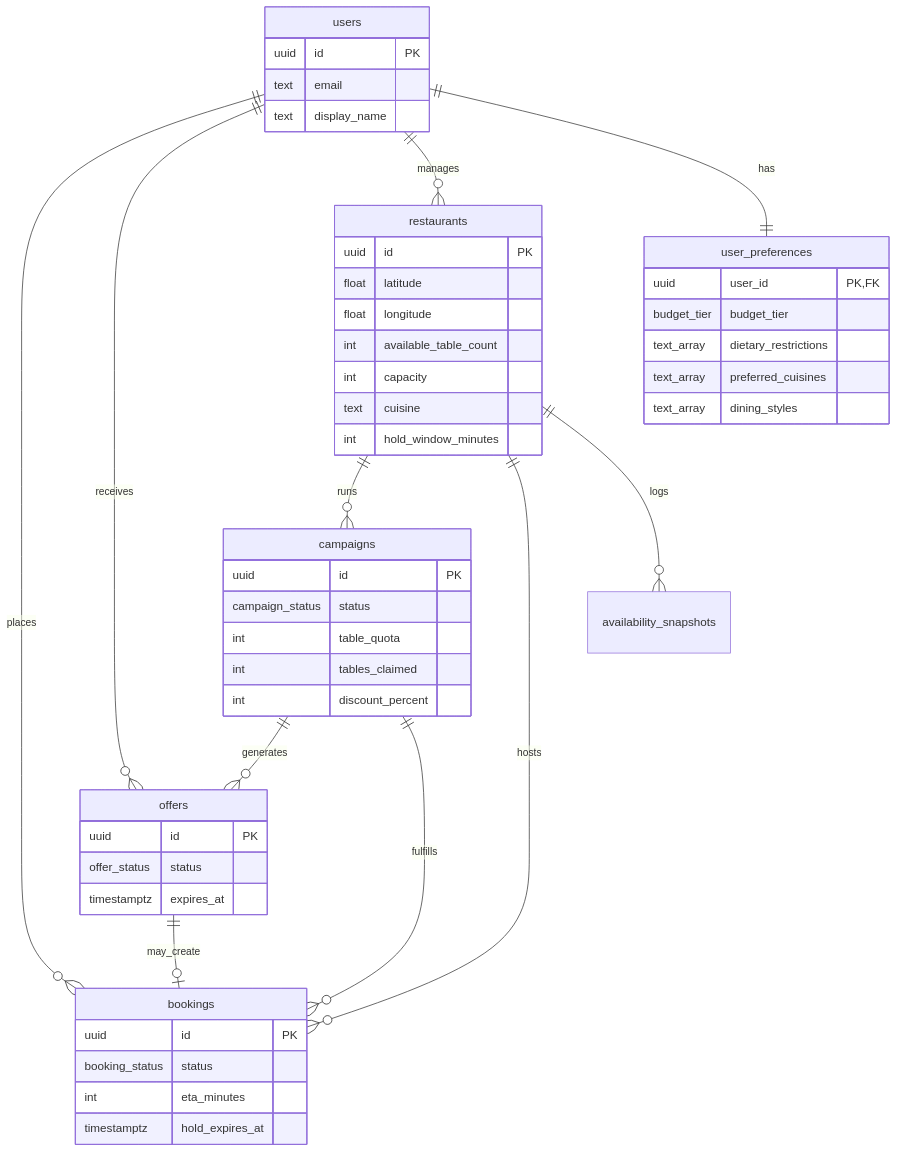
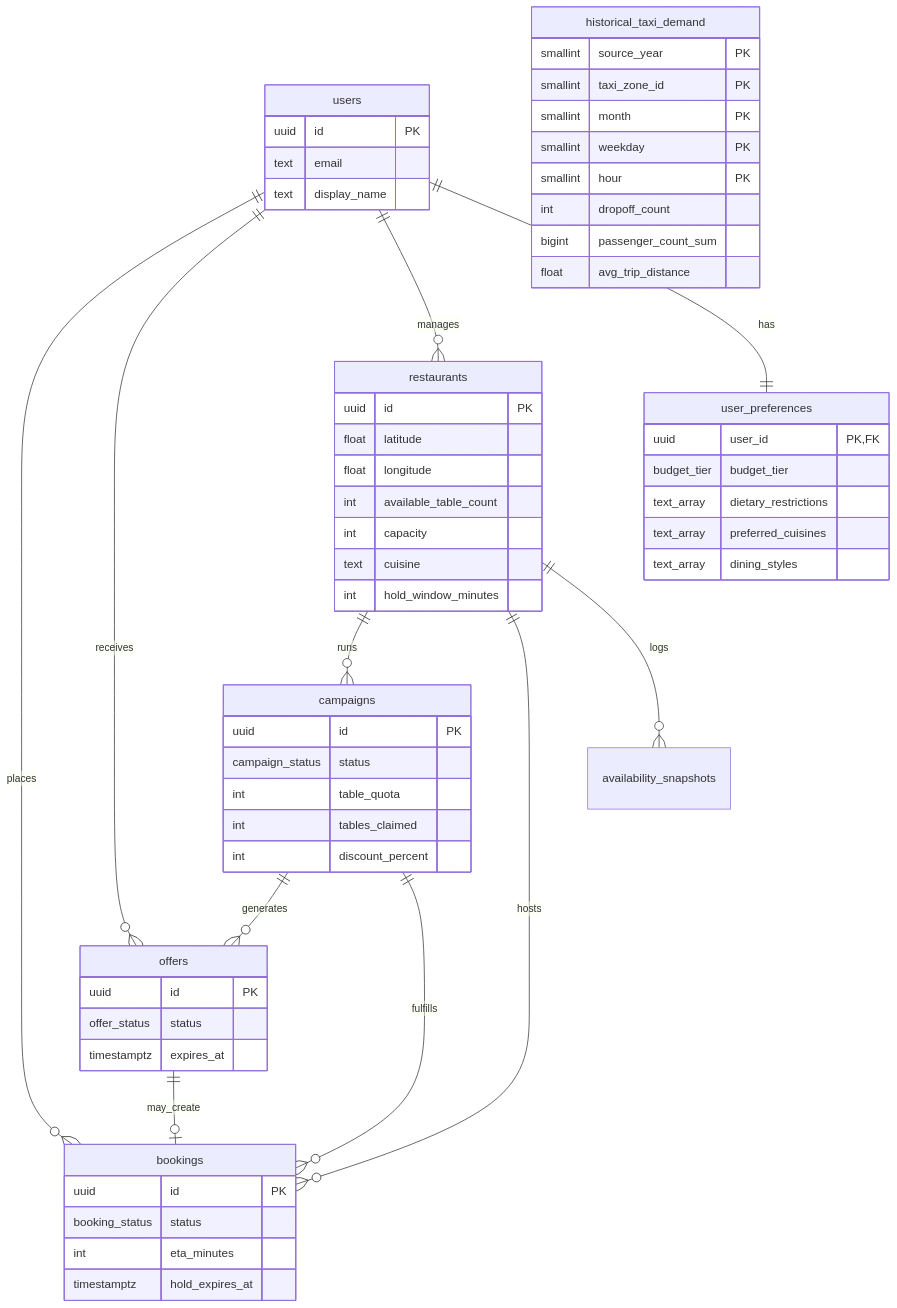
The diagram in database/schema.md (chukwuemekanwoke-jpg/comp47360-team2), drawn with Mermaid before and after one commit. The commit also changed other lines of this file and 3 other files, not shown here.

Commit message:
feat(database): add historical taxi demand table

````diff
--- a/database/schema.md
+++ b/database/schema.md
@@ -7,58 +7,69 @@
 ```mermaid
 erDiagram
   users ||--o{ bookings : places
   users ||--o{ offers : receives
   users ||--o{ restaurants : manages
   users ||--|| user_preferences : has
   restaurants ||--o{ campaigns : runs
   restaurants ||--o{ bookings : hosts
   restaurants ||--o{ availability_snapshots : logs
   campaigns ||--o{ offers : generates
   campaigns ||--o{ bookings : fulfills
   offers ||--o| bookings : may_create
 
   users {
     uuid id PK
     text email
     text display_name
   }
 
   user_preferences {
     uuid user_id PK,FK
     budget_tier budget_tier
     text_array dietary_restrictions
     text_array preferred_cuisines
     text_array dining_styles
   }
 
   restaurants {
     uuid id PK
     float latitude
     float longitude
     int available_table_count
     int capacity
     text cuisine
     int hold_window_minutes
   }
 
   campaigns {
     uuid id PK
     campaign_status status
     int table_quota
     int tables_claimed
     int discount_percent
   }
 
   offers {
     uuid id PK
     offer_status status
     timestamptz expires_at
   }
 
   bookings {
     uuid id PK
     booking_status status
     int eta_minutes
     timestamptz hold_expires_at
   }
+
+  historical_taxi_demand {
+    smallint source_year PK
+    smallint taxi_zone_id PK
+    smallint month PK
+    smallint weekday PK
+    smallint hour PK
+    int dropoff_count
+    bigint passenger_count_sum
+    float avg_trip_distance
+  }
 ```
````
